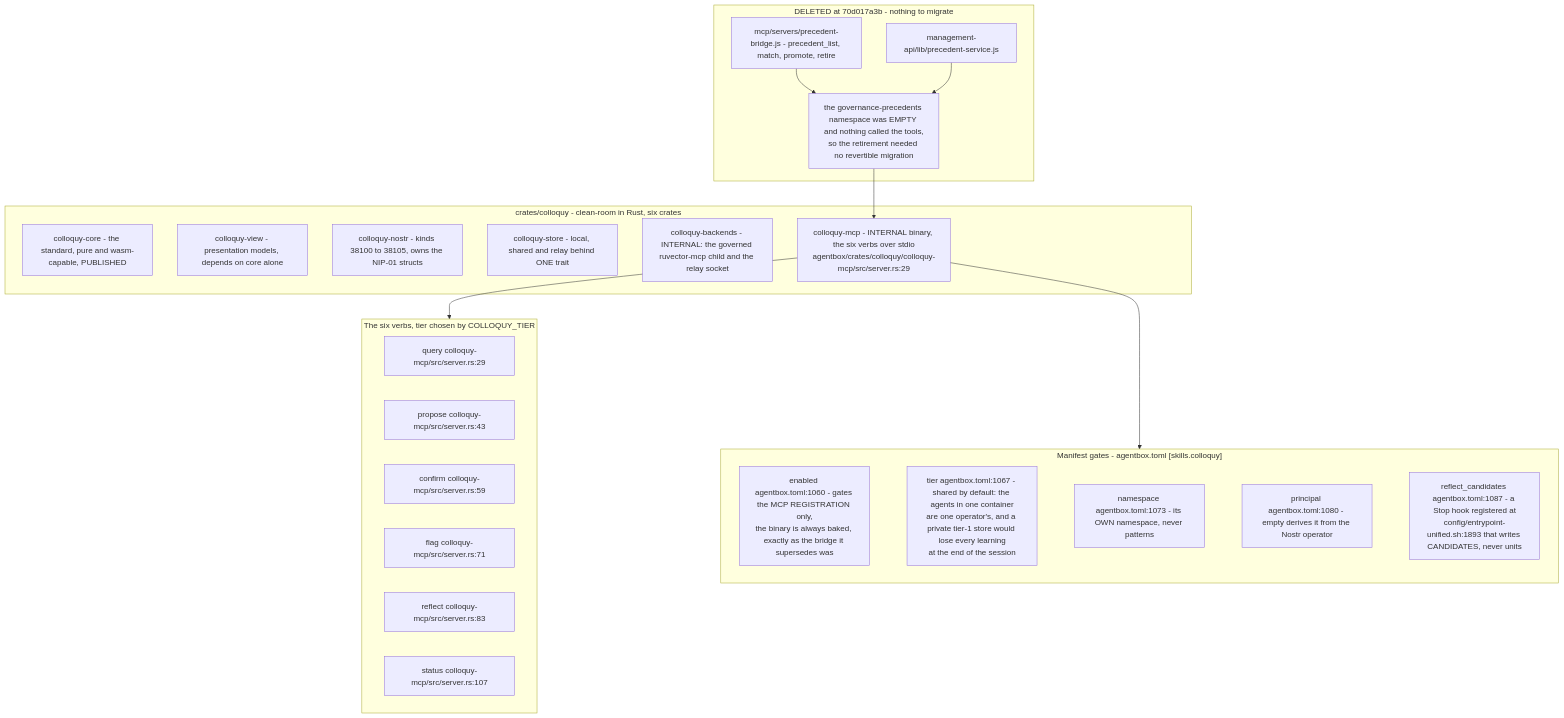
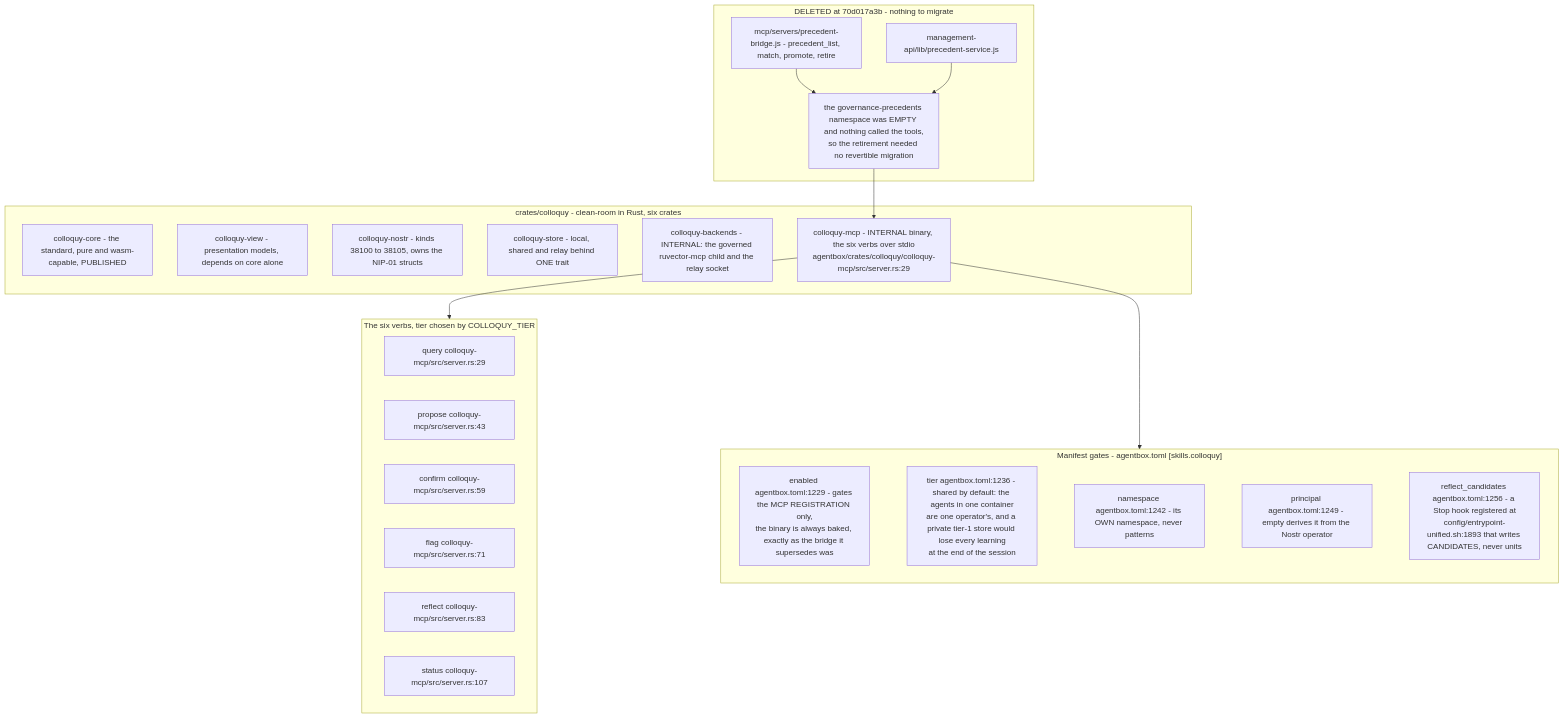
One commit to DreamLab-AI/VisionFlow changed the ninth of 10 diagrams in docs/diagrams/agentbox/28-agentbox-services-and-manifest-binary.md. Above: the diagram before and after it, drawn with Mermaid. The commit also changed other lines of this file and 80 other files, not shown here.

First line of the commit message:
docs(diagrams): re-verify the agentbox, dreamlab, estate and visionflow corpus against current sources

````diff
--- a/docs/diagrams/agentbox/28-agentbox-services-and-manifest-binary.md
+++ b/docs/diagrams/agentbox/28-agentbox-services-and-manifest-binary.md
@@ -396,37 +404,37 @@
 ```mermaid
 flowchart TB
     subgraph gone["DELETED at 70d017a3b - nothing to migrate"]
         G1["mcp/servers/precedent-bridge.js - precedent_list, match, promote, retire"]
         G2["management-api/lib/precedent-service.js"]
         G3["the governance-precedents namespace was EMPTY and nothing called the tools,<br/>so the retirement needed no revertible migration"]
         G1 --> G3
         G2 --> G3
     end
     subgraph crates["crates/colloquy - clean-room in Rust, six crates"]
         P1["colloquy-core - the standard, pure and wasm-capable, PUBLISHED"]
         P2["colloquy-view - presentation models, depends on core alone"]
         P3["colloquy-nostr - kinds 38100 to 38105, owns the NIP-01 structs"]
         P4["colloquy-store - local, shared and relay behind ONE trait"]
         P5["colloquy-backends - INTERNAL: the governed ruvector-mcp child and the relay socket"]
         P6["colloquy-mcp - INTERNAL binary, the six verbs over stdio<br/>agentbox/crates/colloquy/colloquy-mcp/src/server.rs:29"]
     end
     G3 --> P6
     subgraph verbs["The six verbs, tier chosen by COLLOQUY_TIER"]
         V1["query colloquy-mcp/src/server.rs:29"]
         V2["propose colloquy-mcp/src/server.rs:43"]
         V3["confirm colloquy-mcp/src/server.rs:59"]
         V4["flag colloquy-mcp/src/server.rs:71"]
         V5["reflect colloquy-mcp/src/server.rs:83"]
         V6["status colloquy-mcp/src/server.rs:107"]
     end
     P6 --> verbs
     subgraph gates["Manifest gates - agentbox.toml [skills.colloquy]"]
-        M1["enabled agentbox.toml:1060 - gates the MCP REGISTRATION only,<br/>the binary is always baked, exactly as the bridge it supersedes was"]
-        M2["tier agentbox.toml:1067 - shared by default: the agents in one container<br/>are one operator's, and a private tier-1 store would lose every learning<br/>at the end of the session"]
-        M3["namespace agentbox.toml:1073 - its OWN namespace, never patterns"]
-        M4["principal agentbox.toml:1080 - empty derives it from the Nostr operator"]
-        M5["reflect_candidates agentbox.toml:1087 - a Stop hook registered at<br/>config/entrypoint-unified.sh:1893 that writes CANDIDATES, never units"]
+        M1["enabled agentbox.toml:1229 - gates the MCP REGISTRATION only,<br/>the binary is always baked, exactly as the bridge it supersedes was"]
+        M2["tier agentbox.toml:1236 - shared by default: the agents in one container<br/>are one operator's, and a private tier-1 store would lose every learning<br/>at the end of the session"]
+        M3["namespace agentbox.toml:1242 - its OWN namespace, never patterns"]
+        M4["principal agentbox.toml:1249 - empty derives it from the Nostr operator"]
+        M5["reflect_candidates agentbox.toml:1256 - a Stop hook registered at<br/>config/entrypoint-unified.sh:1893 that writes CANDIDATES, never units"]
         M1 ~~~ M2 ~~~ M3 ~~~ M4 ~~~ M5
     end
     P6 --> gates
 ```
````
